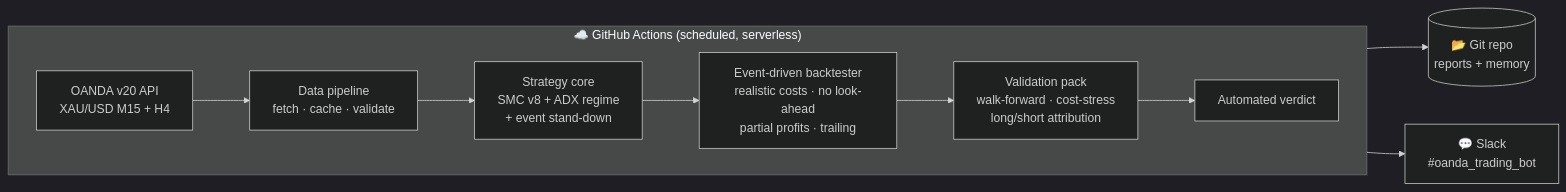
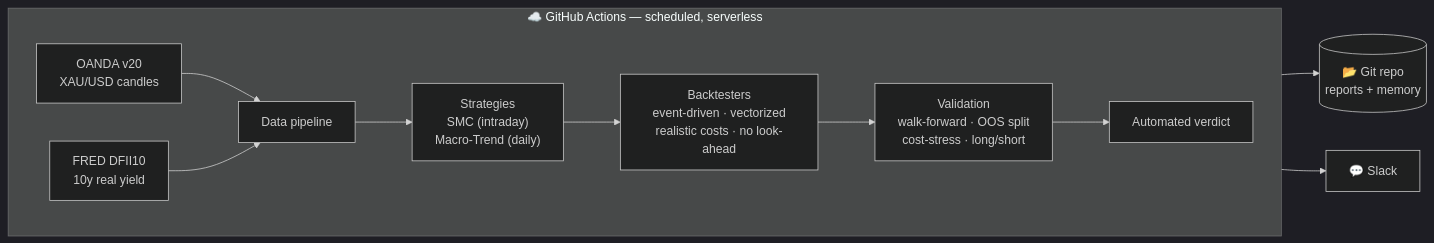
One commit to burugupallyprem-coder/Gold_Research changed the diagram in README.md. Above: the diagram before and after it, drawn with Mermaid (dark theme). The commit also changed other lines of this file and 13 other files, not shown here.

Commit message:
Cleanup scratch modules + Macro-Trend README

````diff
--- a/README.md
+++ b/README.md
@@ -42,13 +41,14 @@
 ```mermaid
 flowchart LR
-    subgraph Cloud["☁️ GitHub Actions (scheduled, serverless)"]
+    subgraph Cloud["☁️ GitHub Actions — scheduled, serverless"]
         direction LR
-        A["OANDA v20 API<br/>XAU/USD M15 + H4"] --> B["Data pipeline<br/>fetch · cache · validate"]
-        B --> C["Strategy core<br/>SMC v8 + ADX regime<br/>+ event stand-down"]
-        C --> D["Event-driven backtester<br/>realistic costs · no look-ahead<br/>partial profits · trailing"]
-        D --> E["Validation pack<br/>walk-forward · cost-stress<br/>long/short attribution"]
-        E --> F["Automated verdict"]
+        D1["OANDA v20<br/>XAU/USD candles"] --> P["Data pipeline"]
+        D2["FRED DFII10<br/>10y real yield"] --> P
+        P --> S["Strategies<br/>SMC (intraday)<br/>Macro-Trend (daily)"]
+        S --> B["Backtesters<br/>event-driven · vectorized<br/>realistic costs · no look-ahead"]
+        B --> V["Validation<br/>walk-forward · OOS split<br/>cost-stress · long/short"]
+        V --> R["Automated verdict"]
     end
-    F --> G[("📂 Git repo<br/>reports + memory")]
-    F --> H["💬 Slack<br/>#oanda_trading_bot"]
+    R --> G[("📂 Git repo<br/>reports + memory")]
+    R --> H["💬 Slack"]
 ```
````
